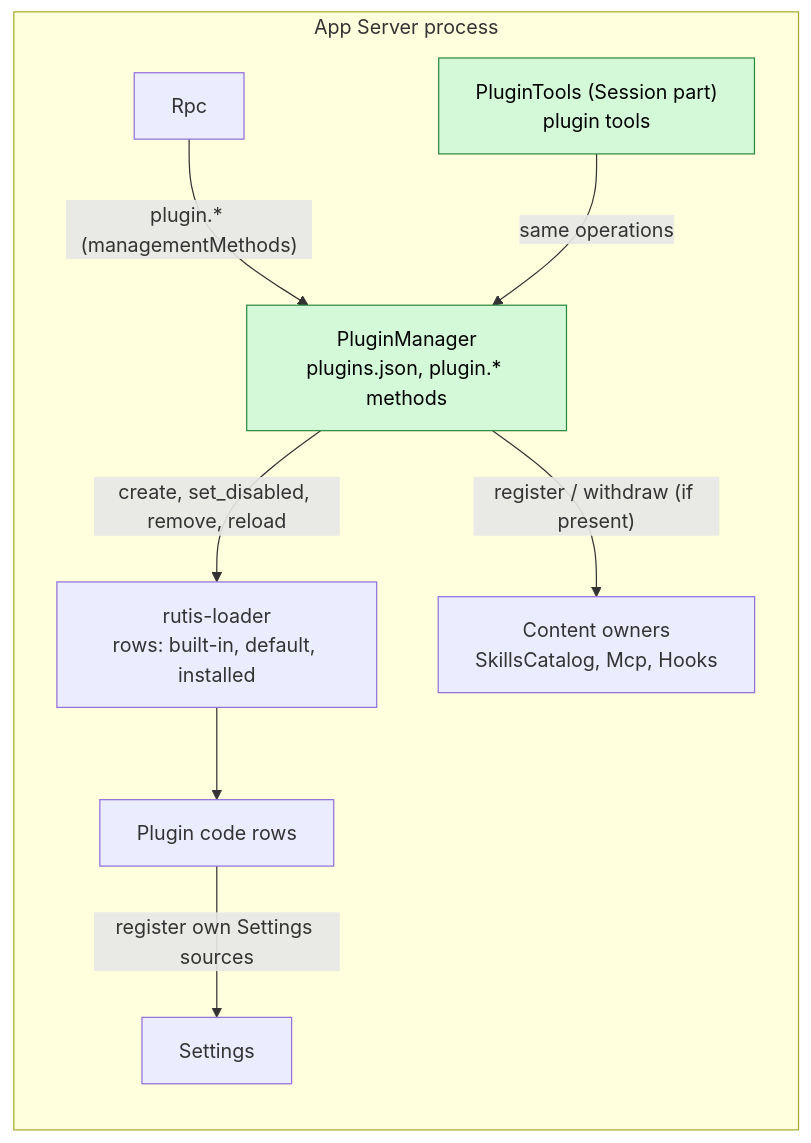
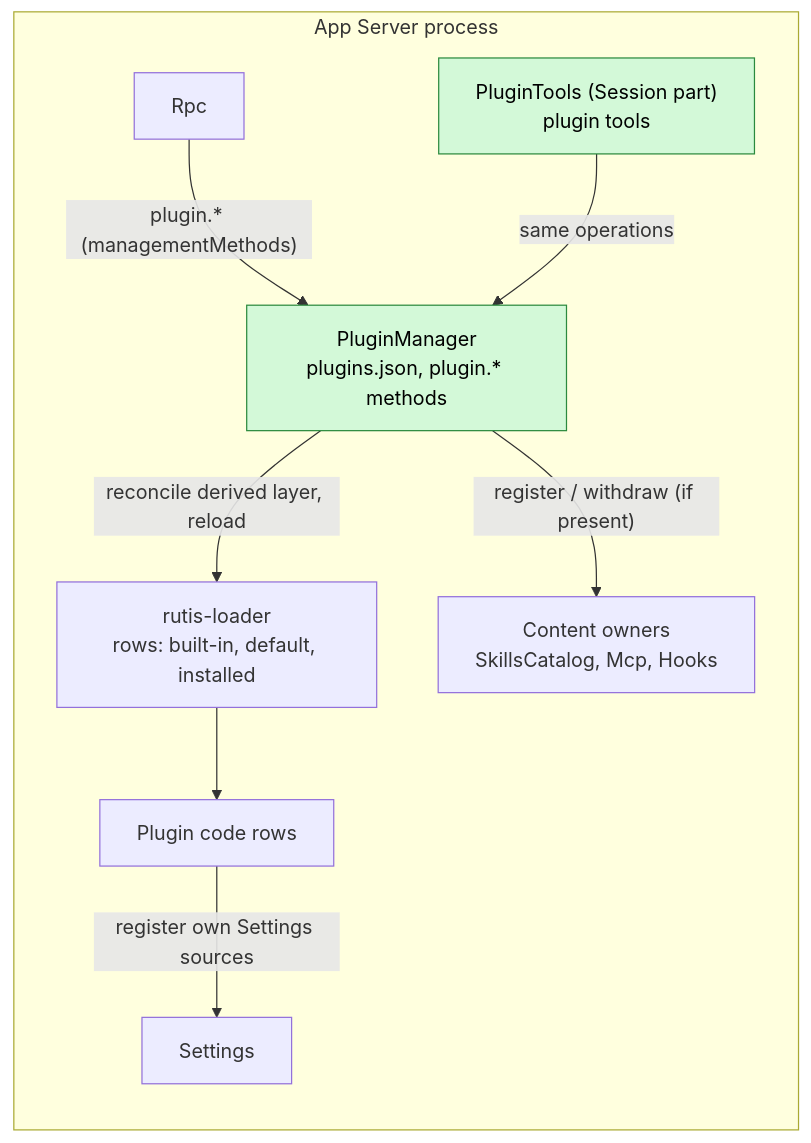
Before and after one commit to CoutinhoTTS/dim-agent: the diagram in docs/design/plugins/PluginManager.md, drawn with Mermaid. The commit also changed other lines of this file and 3 other files, not shown here.

First line of the commit message:
feat(plugins): reconcile the plugins layer derived from plugins.json

````diff
--- a/docs/design/plugins/PluginManager.md
+++ b/docs/design/plugins/PluginManager.md
@@ -26,19 +26,19 @@
 ```mermaid
 flowchart LR
   subgraph AS["App Server process"]
     PM["PluginManager<br/>plugins.json, plugin.* methods"]:::new
     LOADER["rutis-loader<br/>rows: built-in, default, installed"]
     RPC["Rpc"]
     OWN["Content owners<br/>SkillsCatalog, Mcp, Hooks"]
     SET["Settings"]
     CODE["Plugin code rows"]
     PT["PluginTools (Session part)<br/>plugin tools"]:::new
   end
   RPC -->|"plugin.* (managementMethods)"| PM
-  PM -->|"create, set_disabled, remove, reload"| LOADER
+  PM -->|"reconcile derived layer, reload"| LOADER
   LOADER --> CODE
   PM -->|"register / withdraw (if present)"| OWN
   CODE -->|"register own Settings sources"| SET
   PT -->|"same operations"| PM
   classDef new fill:#d3f9d8,stroke:#2b8a3e,color:#000
 ```
````
